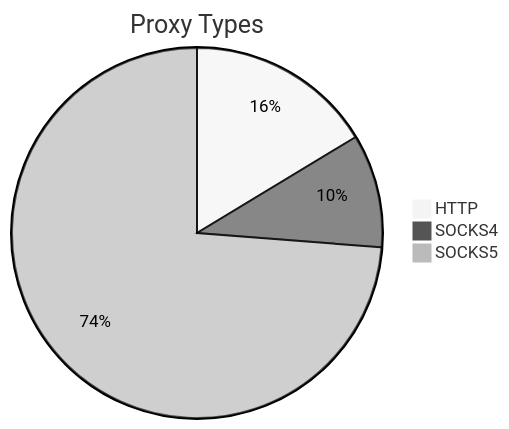
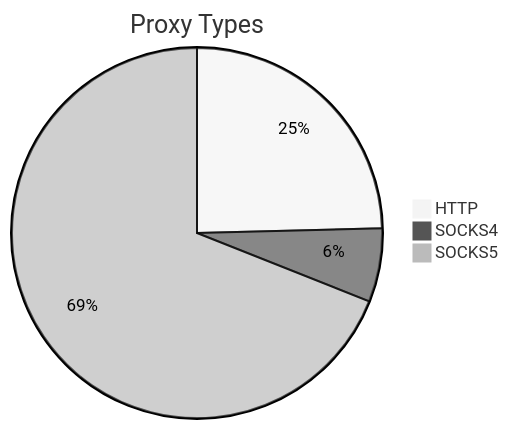
One commit to stormsia/proxy-list changed the first of 2 diagrams in README.md. Above: the diagram before and after it, drawn with Mermaid (neutral theme). The commit also changed other lines of this file, not shown here.

````diff
--- a/README.md
+++ b/README.md
@@ -21,6 +21,6 @@
 ```mermaid
 pie title Proxy Types
-    "HTTP" : 109
-    "SOCKS4" : 66
-    "SOCKS5" : 492
+    "HTTP" : 92
+    "SOCKS4" : 24
+    "SOCKS5" : 258
 ```
````
